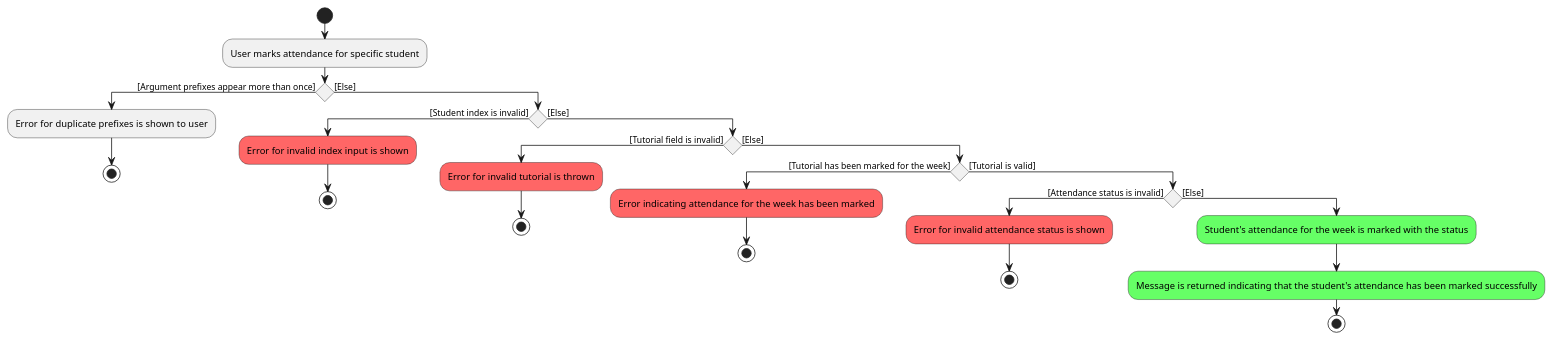
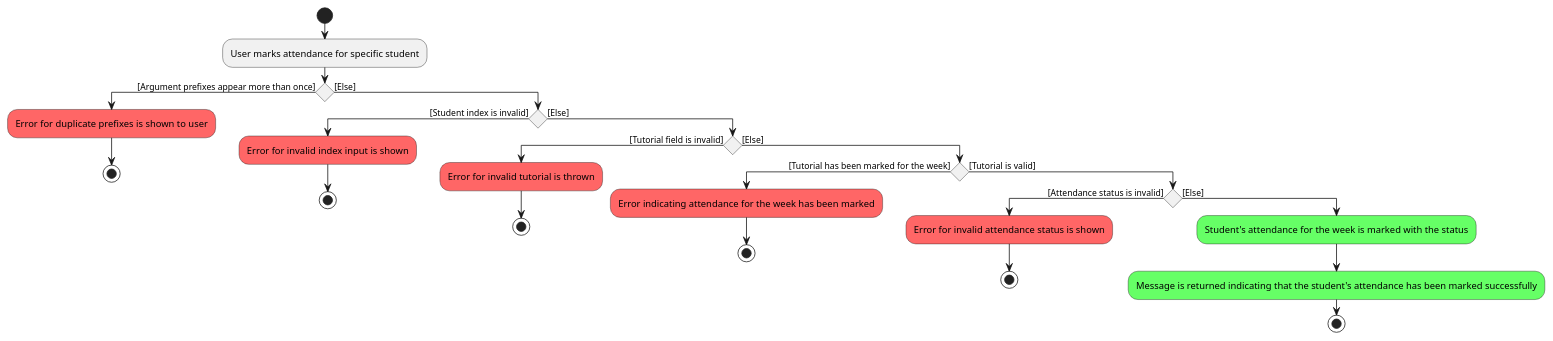
The diagram in docs/diagrams/MarkAttendanceActivityDiagram.puml (proto-aiken-13/tp), drawn with PlantUML before and after one commit. The commit also changed 1 other file, not shown here.

Commit message:
Fix DG Activity Diagram

```diff
--- a/docs/diagrams/MarkAttendanceActivityDiagram.puml
+++ b/docs/diagrams/MarkAttendanceActivityDiagram.puml
@@ -1,30 +1,30 @@
 @startuml
 'https://plantuml.com/activity-diagram-beta
 
 start
 :User marks attendance for specific student;
 if () then ([Argument prefixes appear more than once])
-    :Error for duplicate prefixes is shown to user;
+    #FF6666:Error for duplicate prefixes is shown to user;
     stop;
 else ([Else])
     if () then ([Student index is invalid])
         #FF6666:Error for invalid index input is shown;
         stop;
     else ([Else])
         if () then ([Tutorial field is invalid])
             #FF6666:Error for invalid tutorial is thrown;
             stop;
         else ([Else])
             if () then ([Tutorial has been marked for the week])
                 #FF6666:Error indicating attendance for the week has been marked;
                 stop;
             else ([Tutorial is valid])
                 if () then ([Attendance status is invalid])
                     #FF6666:Error for invalid attendance status is shown;
                     stop;
                 else ([Else])
                     #66FF66:Student's attendance for the week is marked with the status;
                     #66FF66:Message is returned indicating that the student's attendance has been marked successfully;
 stop
 
 @enduml
```
